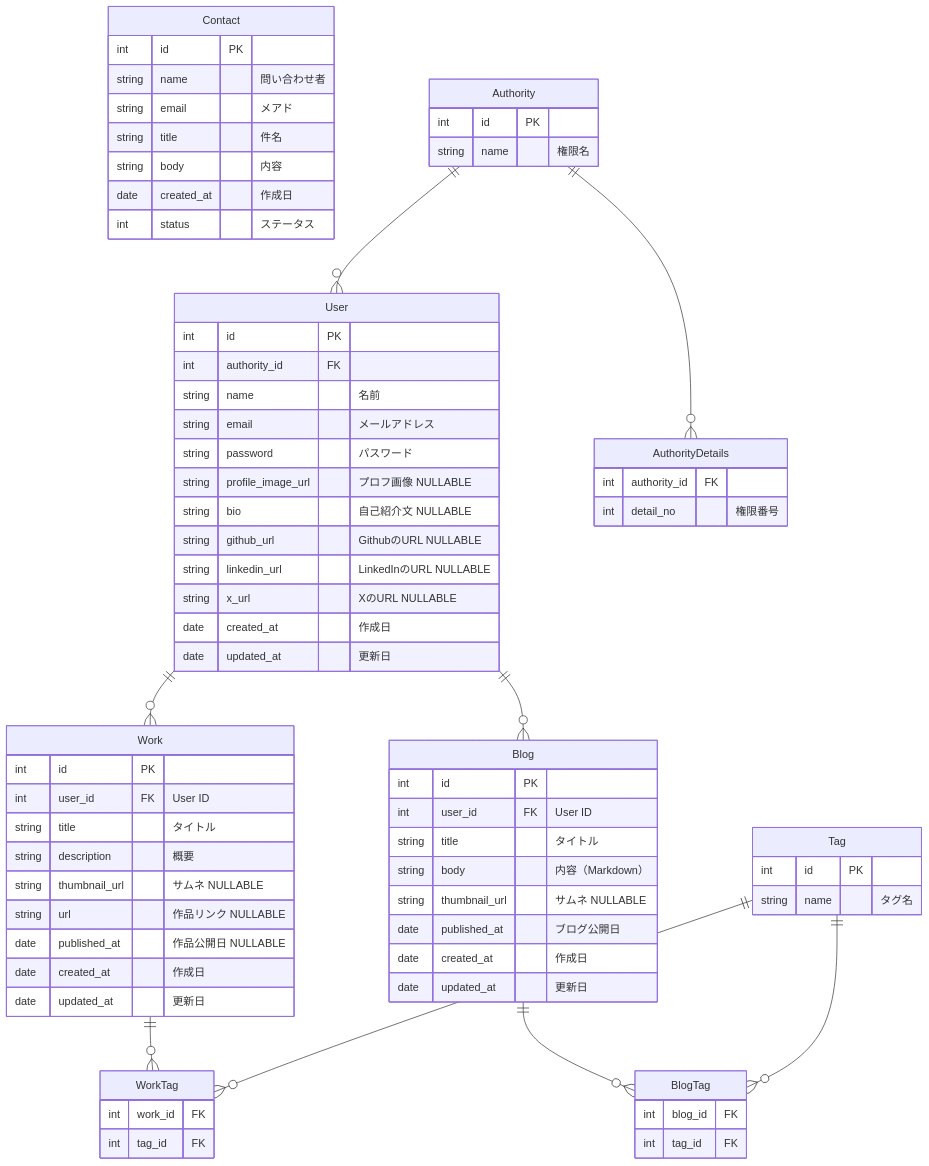
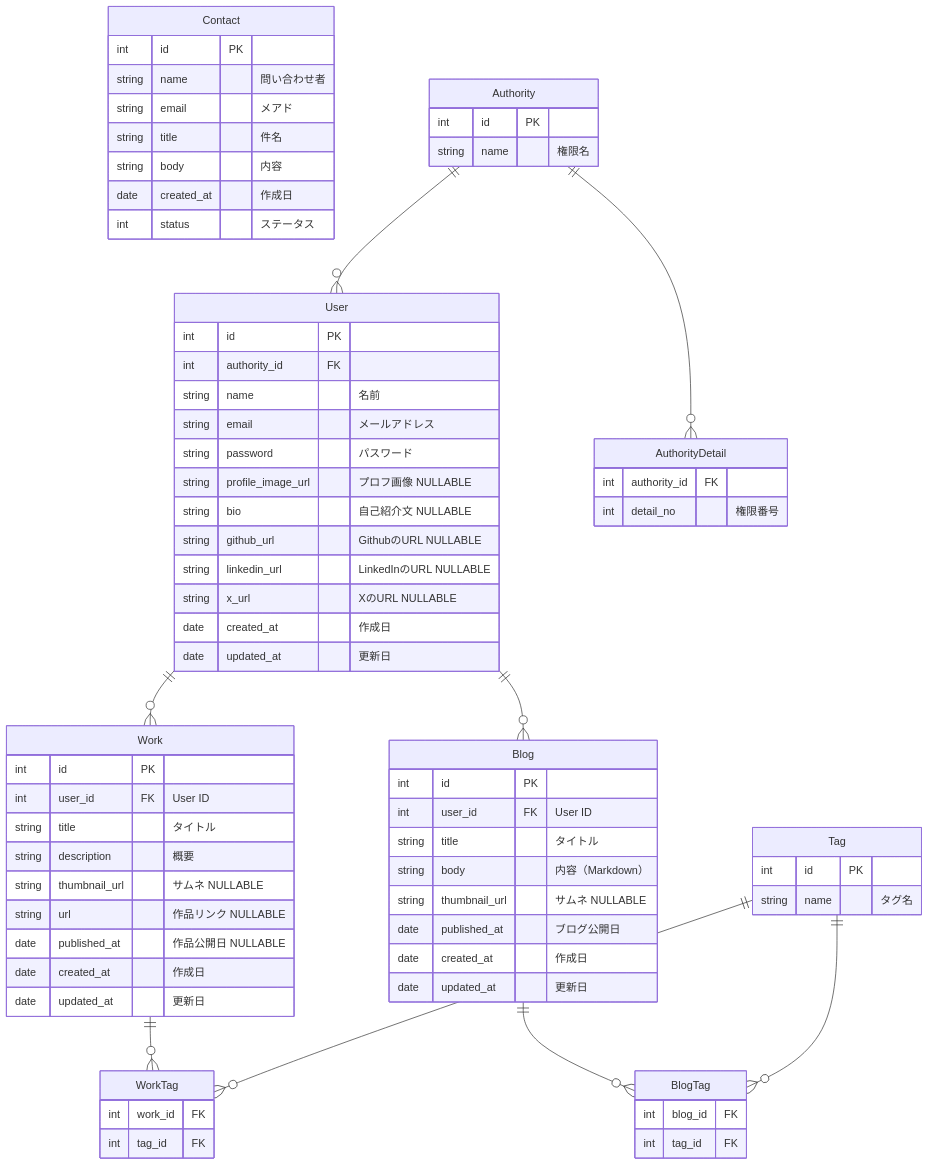
One commit to HarukiSugimoto/portfolio-laravel-react changed the diagram in README.md. Above: the diagram before and after it, drawn with Mermaid.

Commit message:
update: readme

````diff
--- a/README.md
+++ b/README.md
@@ -69,7 +69,7 @@
         string name "権限名"
     }
 
-    AuthorityDetails {
+    AuthorityDetail {
         int authority_id FK
         int detail_no "権限番号"
     }
@@ -80,6 +80,6 @@
     Blog ||--o{ BlogTag : ""
     Tag ||--o{ BlogTag : ""
     Tag ||--o{ WorkTag : ""
-    Authority ||--o{ AuthorityDetails : ""
+    Authority ||--o{ AuthorityDetail : ""
     Authority ||--o{ User : ""
 ```
````
